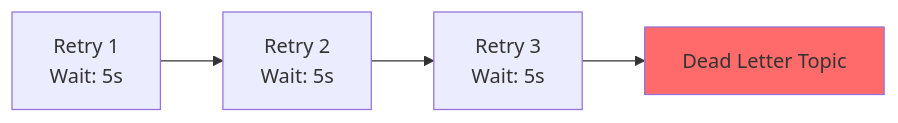
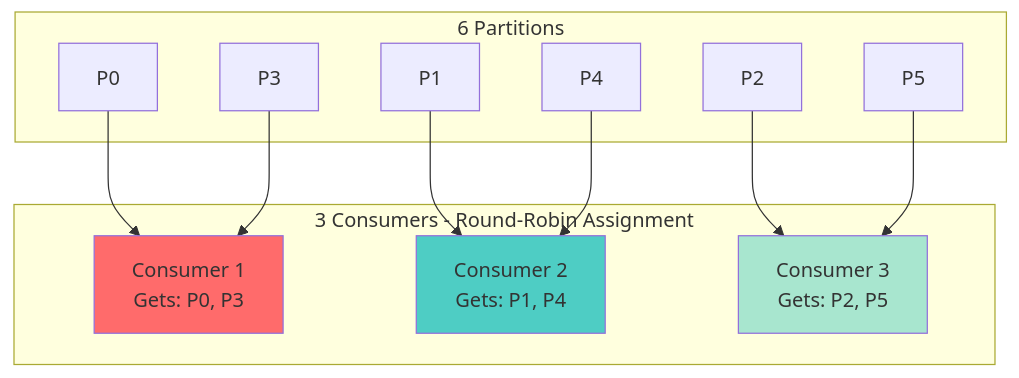
The fourth of 7 diagrams in class/workshop/lesson_8/README.md (vorrawut/KafkaStarter), drawn with Mermaid before and after one commit. The commit also changed other lines of this file and 204 other files, not shown here.

````diff
--- a/class/workshop/lesson_8/README.md
+++ b/class/workshop/lesson_8/README.md
@@ -122,8 +138,28 @@
 ```mermaid
-graph LR
-    R1[Retry 1<br/>Wait: 5s] --> R2[Retry 2<br/>Wait: 5s]
-    R2 --> R3[Retry 3<br/>Wait: 5s]
-    R3 --> DLT[Dead Letter Topic]
+graph TB
+    subgraph "6 Partitions"
+        P0[P0] 
+        P1[P1]
+        P2[P2]
+        P3[P3]
+        P4[P4]
+        P5[P5]
+    end
     
-    style DLT fill:#ff6b6b
+    subgraph "3 Consumers - Round-Robin Assignment"
+        C1[Consumer 1<br/>Gets: P0, P3]
+        C2[Consumer 2<br/>Gets: P1, P4]
+        C3[Consumer 3<br/>Gets: P2, P5]
+    end
+    
+    P0 --> C1
+    P3 --> C1
+    P1 --> C2
+    P4 --> C2
+    P2 --> C3
+    P5 --> C3
+    
+    style C1 fill:#ff6b6b
+    style C2 fill:#4ecdc4
+    style C3 fill:#a8e6cf
 ```
````
